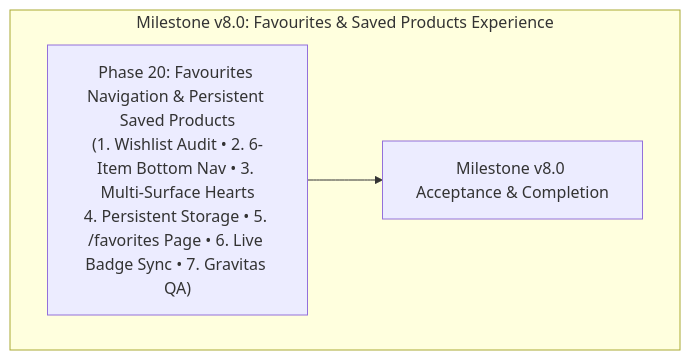
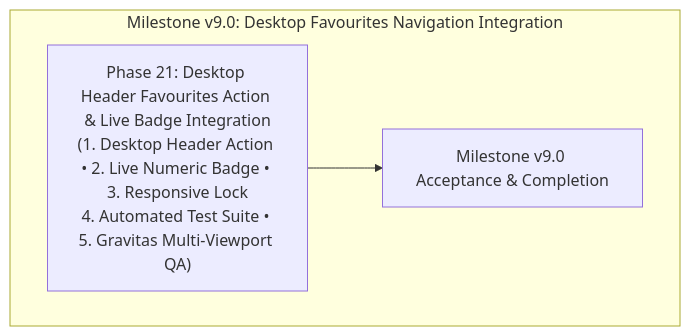
One commit to uniscaledigital/ecommerce-website changed the diagram in .planning/ROADMAP.md. Above: the diagram before and after it, drawn with Mermaid. The commit also changed other lines of this file and 3 other files, not shown here.

Commit message:
docs: initialize milestone v9.0 desktop favourites navigation integration

````diff
--- a/.planning/ROADMAP.md
+++ b/.planning/ROADMAP.md
@@ -13,8 +13,8 @@
 ```mermaid
 flowchart TD
-    subgraph M8["Milestone v8.0: Favourites & Saved Products Experience"]
-        P20["Phase 20: Favourites Navigation & Persistent Saved Products\n(1. Wishlist Audit • 2. 6-Item Bottom Nav • 3. Multi-Surface Hearts\n4. Persistent Storage • 5. /favorites Page • 6. Live Badge Sync • 7. Gravitas QA)"]
-        DONE["Milestone v8.0 Acceptance & Completion"]
+    subgraph M9["Milestone v9.0: Desktop Favourites Navigation Integration"]
+        P21["Phase 21: Desktop Header Favourites Action & Live Badge Integration\n(1. Desktop Header Action • 2. Live Numeric Badge • 3. Responsive Lock\n4. Automated Test Suite • 5. Gravitas Multi-Viewport QA)"]
+        DONE["Milestone v9.0 Acceptance & Completion"]
     end
-    P20 --> DONE
+    P21 --> DONE
 ```
````
